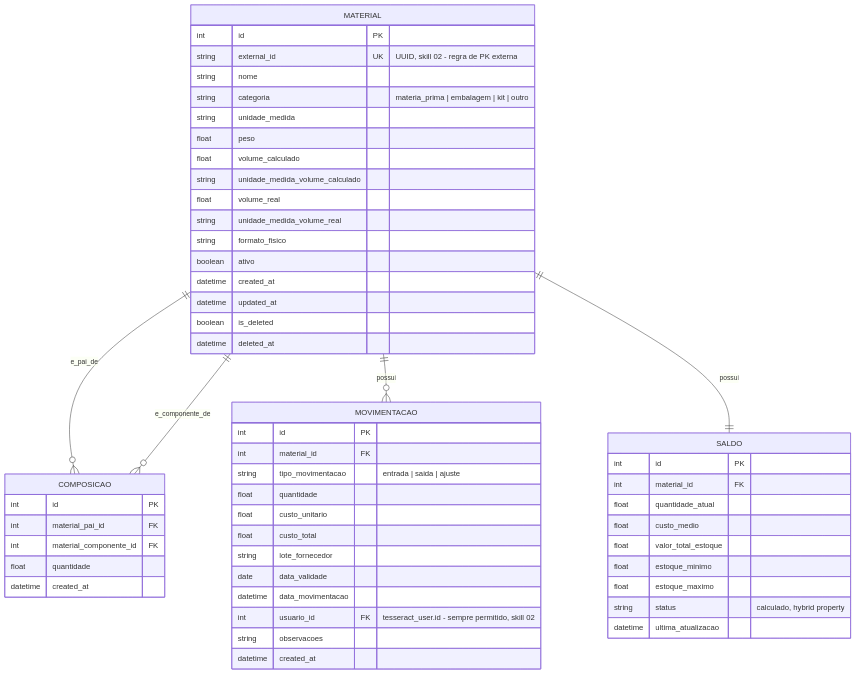
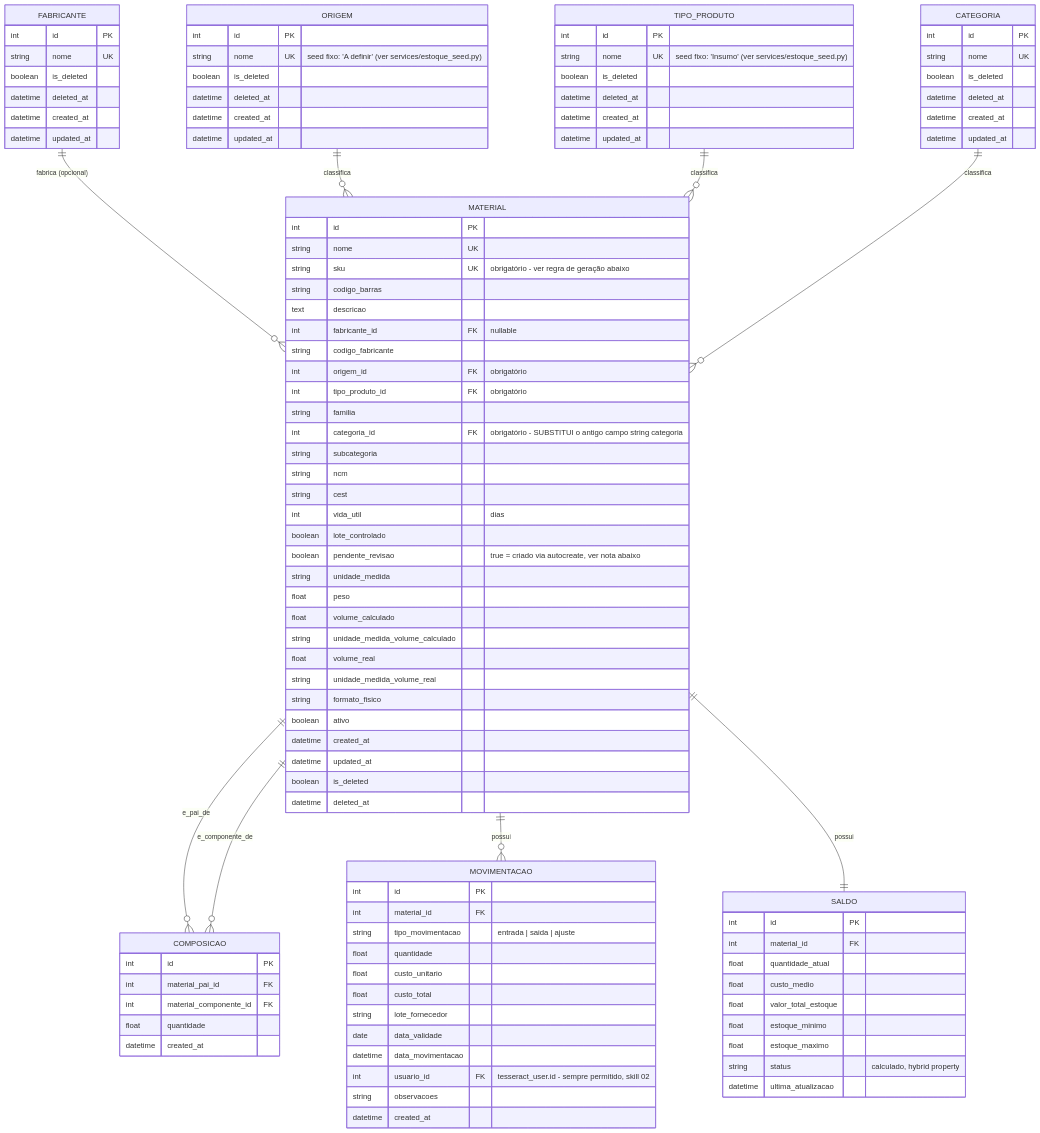
Before and after one commit to ChristopherNicolasSMM/Tesseract: the diagram in addons/addon_estoque/docs/technical/04-modelo-de-dados.md, drawn with Mermaid. The commit also changed other lines of this file and 47 other files, not shown here.

````diff
--- a/addons/addon_estoque/docs/technical/04-modelo-de-dados.md
+++ b/addons/addon_estoque/docs/technical/04-modelo-de-dados.md
@@ -3,15 +18,64 @@
 ```mermaid
 erDiagram
+    FABRICANTE ||--o{ MATERIAL : "fabrica (opcional)"
+    ORIGEM ||--o{ MATERIAL : "classifica"
+    TIPO_PRODUTO ||--o{ MATERIAL : "classifica"
+    CATEGORIA ||--o{ MATERIAL : "classifica"
     MATERIAL ||--o{ COMPOSICAO : "e_pai_de"
     MATERIAL ||--o{ COMPOSICAO : "e_componente_de"
     MATERIAL ||--o{ MOVIMENTACAO : "possui"
     MATERIAL ||--|| SALDO : "possui"
 
+    FABRICANTE {
+        int id PK
+        string nome UK
+        boolean is_deleted
+        datetime deleted_at
+        datetime created_at
+        datetime updated_at
+    }
+    ORIGEM {
+        int id PK
+        string nome UK "seed fixo: 'A definir' (ver services/estoque_seed.py)"
+        boolean is_deleted
+        datetime deleted_at
+        datetime created_at
+        datetime updated_at
+    }
+    TIPO_PRODUTO {
+        int id PK
+        string nome UK "seed fixo: 'Insumo' (ver services/estoque_seed.py)"
+        boolean is_deleted
+        datetime deleted_at
+        datetime created_at
+        datetime updated_at
+    }
+    CATEGORIA {
+        int id PK
+        string nome UK
+        boolean is_deleted
+        datetime deleted_at
+        datetime created_at
+        datetime updated_at
+    }
     MATERIAL {
         int id PK
-        string external_id UK "UUID, skill 02 - regra de PK externa"
-        string nome
-        string categoria "materia_prima | embalagem | kit | outro"
+        string nome UK
+        string sku UK "obrigatório - ver regra de geração abaixo"
+        string codigo_barras
+        text descricao
+        int fabricante_id FK "nullable"
+        string codigo_fabricante
+        int origem_id FK "obrigatório"
+        int tipo_produto_id FK "obrigatório"
+        string familia
+        int categoria_id FK "obrigatório - SUBSTITUI o antigo campo string categoria"
+        string subcategoria
+        string ncm
+        string cest
+        int vida_util "dias"
+        boolean lote_controlado
+        boolean pendente_revisao "true = criado via autocreate, ver nota abaixo"
         string unidade_medida
         float peso
         float volume_calculado
````
